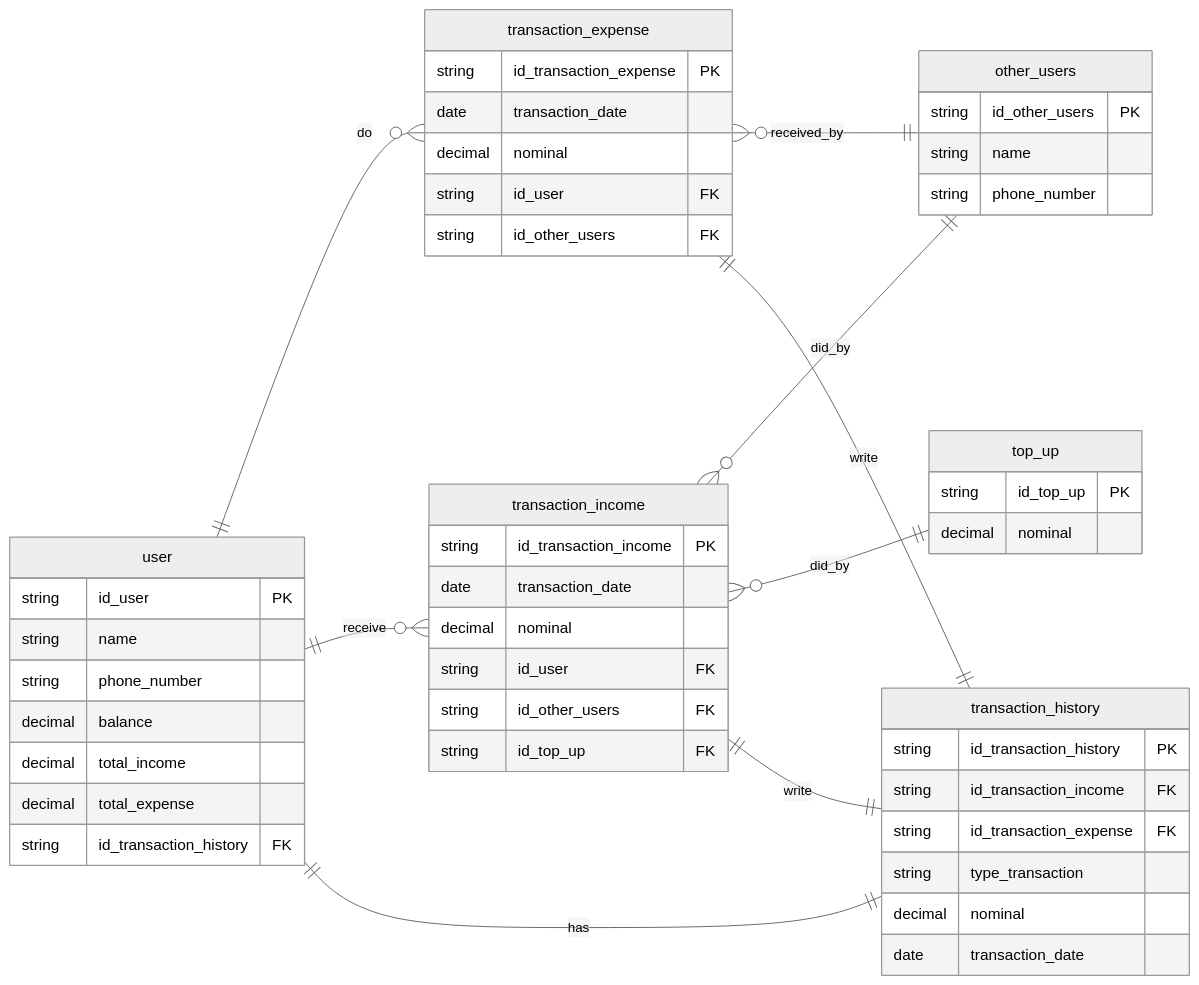
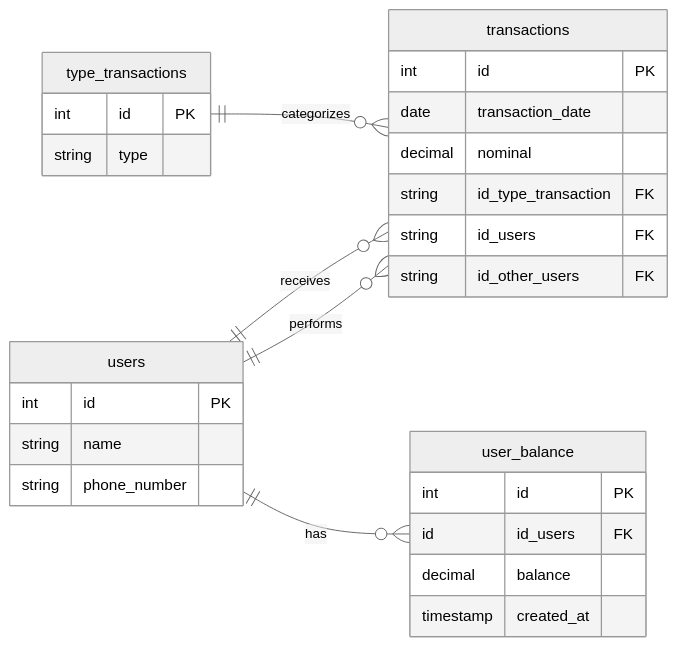
The diagram in README.md (mdavindarinaldy/fgo24-db-ewallet), drawn with Mermaid (neutral theme) before and after one commit.

Commit message:
docs: update cardinality and relation of the table

````diff
--- a/README.md
+++ b/README.md
@@ -7,54 +7,31 @@
 ```mermaid
 erDiagram
     direction LR
-    user {
-        string id_user PK
-        string name
-        string phone_number
-        decimal balance
-        decimal total_income
-        decimal total_expense
-        string id_transaction_history FK
-    }
-    transaction_expense {
-        string id_transaction_expense PK
-        date transaction_date
-        decimal nominal
-        string id_user FK
-        string id_other_users FK
-    }
-    transaction_income {
-        string id_transaction_income PK
-        date transaction_date
-        decimal nominal
-        string id_user FK
-        string id_other_users FK
-        string id_top_up FK
-    }
-    other_users {
-        string id_other_users PK
+    users {
+        int id PK
         string name
         string phone_number
     }
-    transaction_history{
-        string id_transaction_history PK
-        string id_transaction_income FK
-        string id_transaction_expense FK
-        string type_transaction
+    user_balance {
+        int id PK
+        id id_users FK
+        decimal balance
+        timestamp created_at
+    }
+    transactions {
+        int id PK
+        date transaction_date
         decimal nominal
-        date transaction_date
+        string id_type_transaction FK
+        string id_users FK
+        string id_other_users FK
     }
-    top_up {
-        string id_top_up PK
-        decimal nominal
+    type_transactions {
+        int id PK
+        string type
     }
-
-    user ||--o{ transaction_expense : do
-    user ||--o{ transaction_income : receive
-    user ||--|| transaction_history : has
-    transaction_income }o--|| other_users : did_by
-    transaction_income }o--|| top_up : did_by
-    transaction_income ||--|| transaction_history : write
-    transaction_expense }o--|| other_users : received_by
-    transaction_expense ||--|| transaction_history : write
+    users ||--o{ transactions : performs
+    users ||--o{ transactions : receives
+    users ||--o{ user_balance : has
+    type_transactions ||--o{ transactions : categorizes
 ```
````
